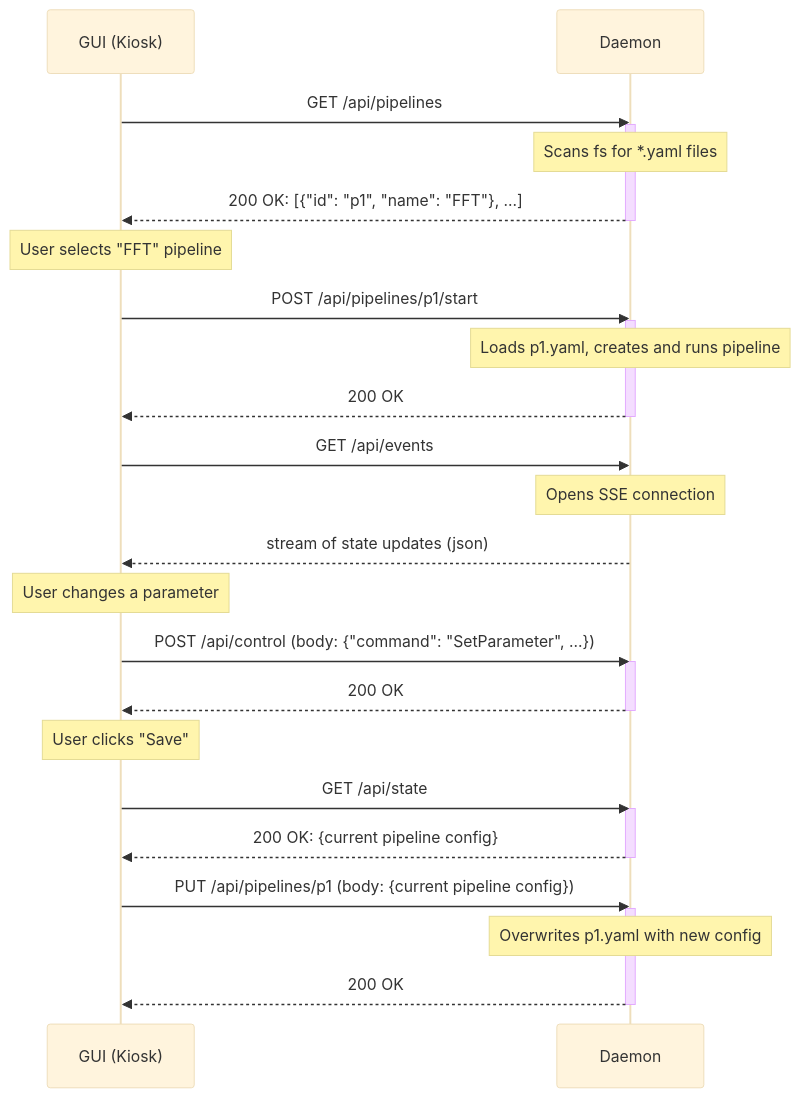
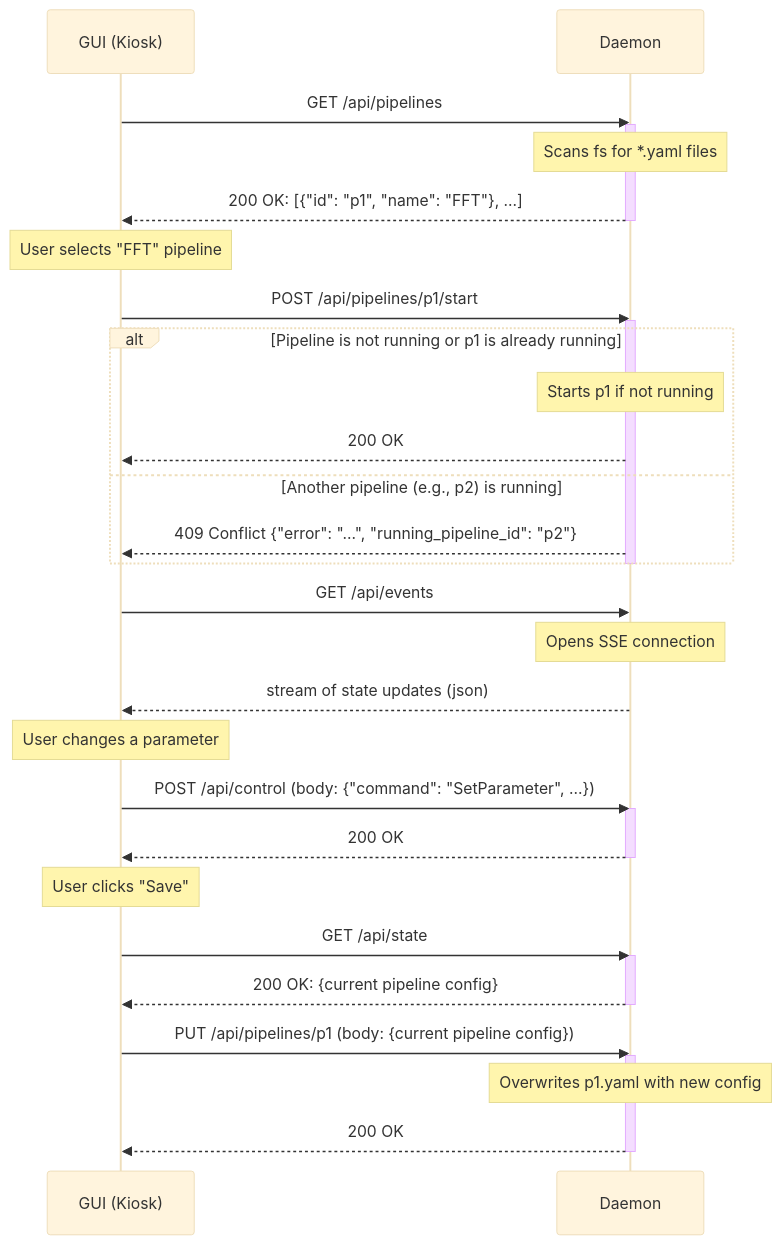
One commit to nickgeoca/elata-eeg changed the diagram in crates/daemon/API.md. Above: the diagram before and after it, drawn with Mermaid (base theme). The commit also changed other lines of this file and 45 other files, not shown here.

````diff
--- a/crates/daemon/API.md
+++ b/crates/daemon/API.md
@@ -17,43 +17,47 @@
 ```mermaid
 sequenceDiagram
     participant UI as GUI (Kiosk)
     participant Daemon as Daemon
 
     UI->>Daemon: GET /api/pipelines
     activate Daemon
     Note over Daemon: Scans fs for *.yaml files
     Daemon-->>UI: 200 OK: [{"id": "p1", "name": "FFT"}, ...]
     deactivate Daemon
 
     Note over UI: User selects "FFT" pipeline
 
     UI->>Daemon: POST /api/pipelines/p1/start
     activate Daemon
-    Note over Daemon: Loads p1.yaml, creates and runs pipeline
-    Daemon-->>UI: 200 OK
+    alt Pipeline is not running or p1 is already running
+        Note over Daemon: Starts p1 if not running
+        Daemon-->>UI: 200 OK
+    else Another pipeline (e.g., p2) is running
+        Daemon-->>UI: 409 Conflict {"error": "...", "running_pipeline_id": "p2"}
+    end
     deactivate Daemon
 
     UI->>Daemon: GET /api/events
     Note over Daemon: Opens SSE connection
     Daemon-->>UI: stream of state updates (json)
 
     Note over UI: User changes a parameter
 
     UI->>Daemon: POST /api/control (body: {"command": "SetParameter", ...})
     activate Daemon
     Daemon-->>UI: 200 OK
     deactivate Daemon
 
     Note over UI: User clicks "Save"
 
     UI->>Daemon: GET /api/state
     activate Daemon
     Daemon-->>UI: 200 OK: {current pipeline config}
     deactivate Daemon
 
     UI->>Daemon: PUT /api/pipelines/p1 (body: {current pipeline config})
     activate Daemon
     Note over Daemon: Overwrites p1.yaml with new config
     Daemon-->>UI: 200 OK
     deactivate Daemon
 ```
````
